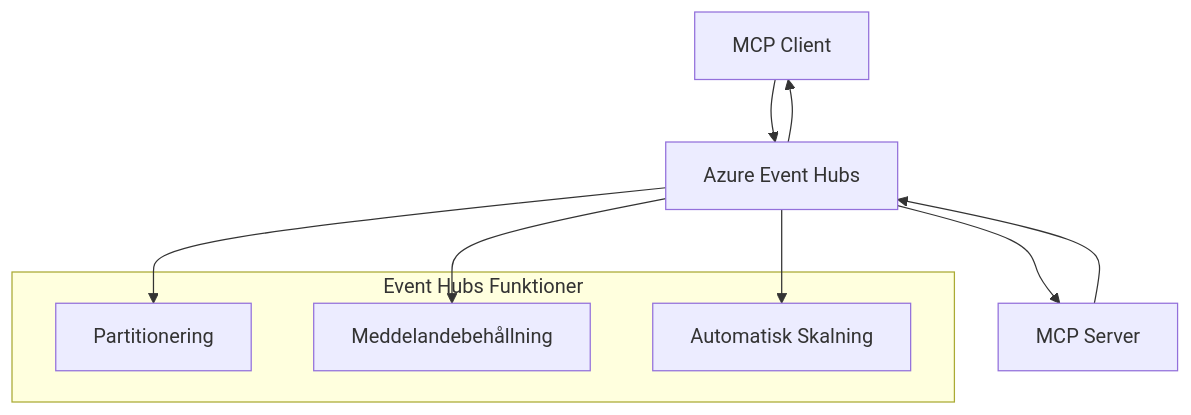
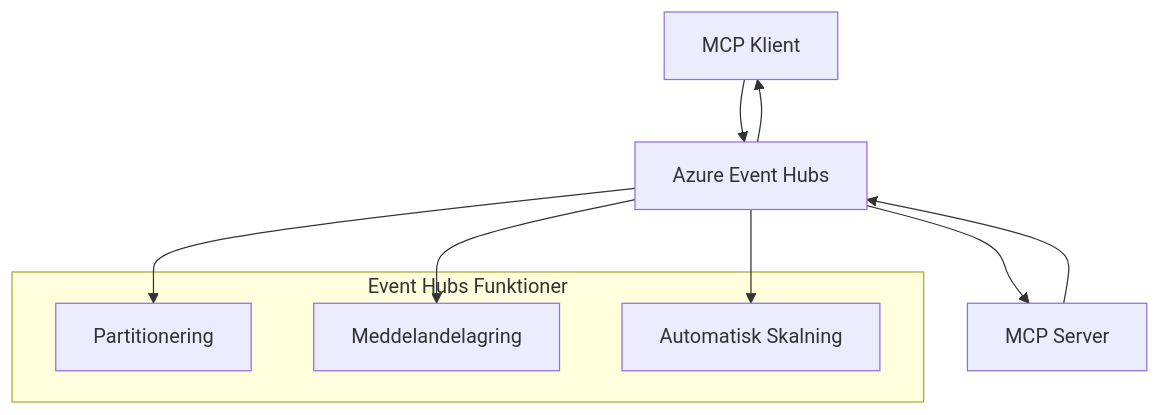
One commit to HIDORAKAI002/ai-workspace-archive changed the second of 2 diagrams in mcp_ecosystem__model_context_protocol/mcp_learning_resources/mcp-for-beginners/translations/sv/05-AdvancedTopics/mcp-transport/README.md. Above: the diagram before and after it, drawn with Mermaid. The commit also changed other lines of this file and 1046 other files, not shown here.

````diff
--- a/mcp_ecosystem__model_context_protocol/mcp_learning_resources/mcp-for-beginners/translations/sv/05-AdvancedTopics/mcp-transport/README.md
+++ b/mcp_ecosystem__model_context_protocol/mcp_learning_resources/mcp-for-beginners/translations/sv/05-AdvancedTopics/mcp-transport/README.md
@@ -270,17 +272,17 @@
 ```mermaid
 graph TB
-    Client[MCP Client] --> EH[Azure Event Hubs]
+    Client[MCP Klient] --> EH[Azure Event Hubs]
     EH --> Server[MCP Server]
     Server --> EH
     EH --> Client
     
     subgraph "Event Hubs Funktioner"
         Partition[Partitionering]
-        Retention[Meddelandebehållning]
+        Retention[Meddelandelagring]
         Scaling[Automatisk Skalning]
     end
     
     EH --> Partition
     EH --> Retention
     EH --> Scaling
 ```
````
